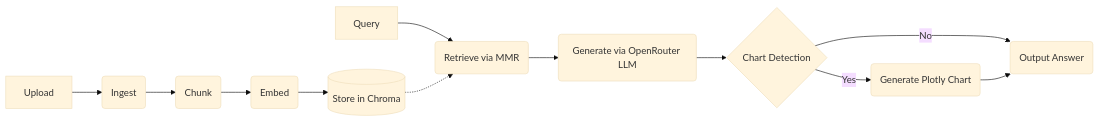
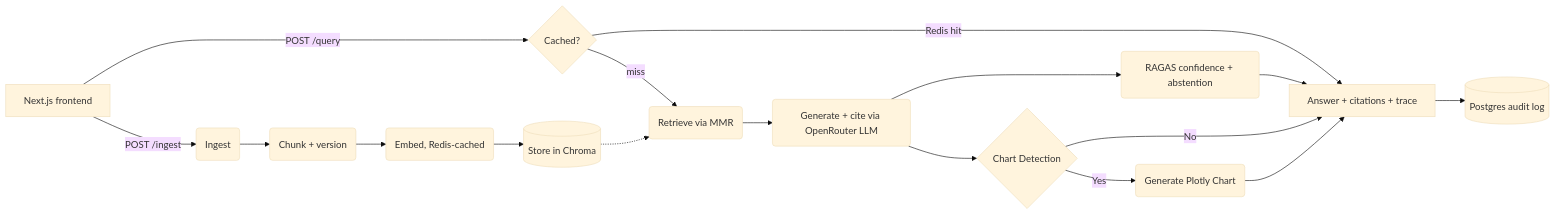
One commit to AnshSingh30/legal-multimodal-rag changed the diagram in README.md. Above: the diagram before and after it, drawn with Mermaid (base theme). The commit also changed other lines of this file and 2 other files, not shown here.

````diff
--- a/README.md
+++ b/README.md
@@ -20,14 +29,19 @@
 ```mermaid
 flowchart LR
-    A[Upload] --> B(Ingest)
-    B --> C(Chunk)
-    C --> D(Embed)
+    UI[Next.js frontend] -->|POST /ingest| B(Ingest)
+    B --> C(Chunk + version)
+    C --> D(Embed, Redis-cached)
     D --> E[(Store in Chroma)]
-    F[Query] --> G(Retrieve via MMR)
-    G --> H(Generate via OpenRouter LLM)
+    UI -->|POST /query| Q{Cached?}
+    Q -->|Redis hit| ANS
+    Q -->|miss| G(Retrieve via MMR)
+    G --> H(Generate + cite via OpenRouter LLM)
     E -.-> G
+    H --> CONF(RAGAS confidence + abstention)
+    CONF --> ANS[Answer + citations + trace]
+    ANS --> AUDIT[(Postgres audit log)]
     H --> I{Chart Detection}
     I -->|Yes| J(Generate Plotly Chart)
-    I -->|No| K(Output Answer)
-    J --> K
+    I -->|No| ANS
+    J --> ANS
 ```
````
